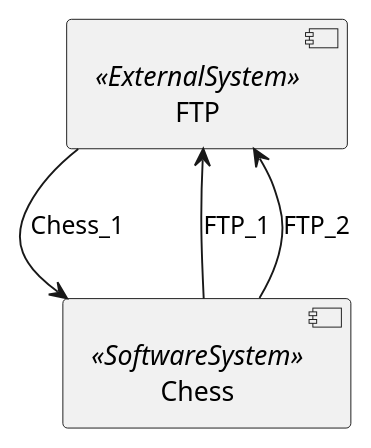
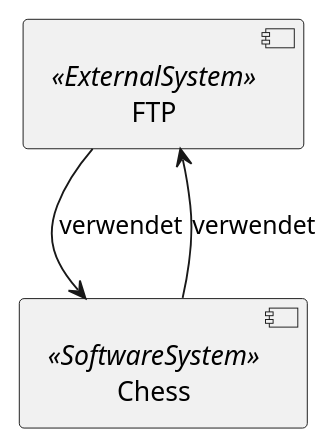
Before and after one commit to marcozwyssig/cleon: the diagram in src/cleonproject.deliverables.architecture.model.architecture/src/cleon.architecturemethods.arc42.sample/img/cleon_architecturemethods_arc42_sample_arc42/Technisches_Kontext_Diagramm.puml, drawn with PlantUML. The commit also changed other lines of this file and 75 other files, not shown here.

```diff
--- a/src/cleonproject.deliverables.architecture.model.architecture/src/cleon.architecturemethods.arc42.sample/img/cleon_architecturemethods_arc42_sample_arc42/Technisches_Kontext_Diagramm.puml
+++ b/src/cleonproject.deliverables.architecture.model.architecture/src/cleon.architecturemethods.arc42.sample/img/cleon_architecturemethods_arc42_sample_arc42/Technisches_Kontext_Diagramm.puml
@@ -1,14 +1,13 @@
 @startuml
 
 skinparam monochrome true
 skinparam componentStyle uml2
 component FTP as "FTP" <<ExternalSystem>>
 component Chess as "Chess" <<SoftwareSystem>>
-FTP --> Chess : "Chess_1"
-Chess --> FTP : "FTP_1"
-Chess --> FTP : "FTP_2"
+FTP --> Chess : "verwendet"
+Chess --> FTP : "verwendet"
 
 ' Begin Protected Region [[layouting]]
 
 ' End Protected Region   [[layouting]]
 @enduml
```
